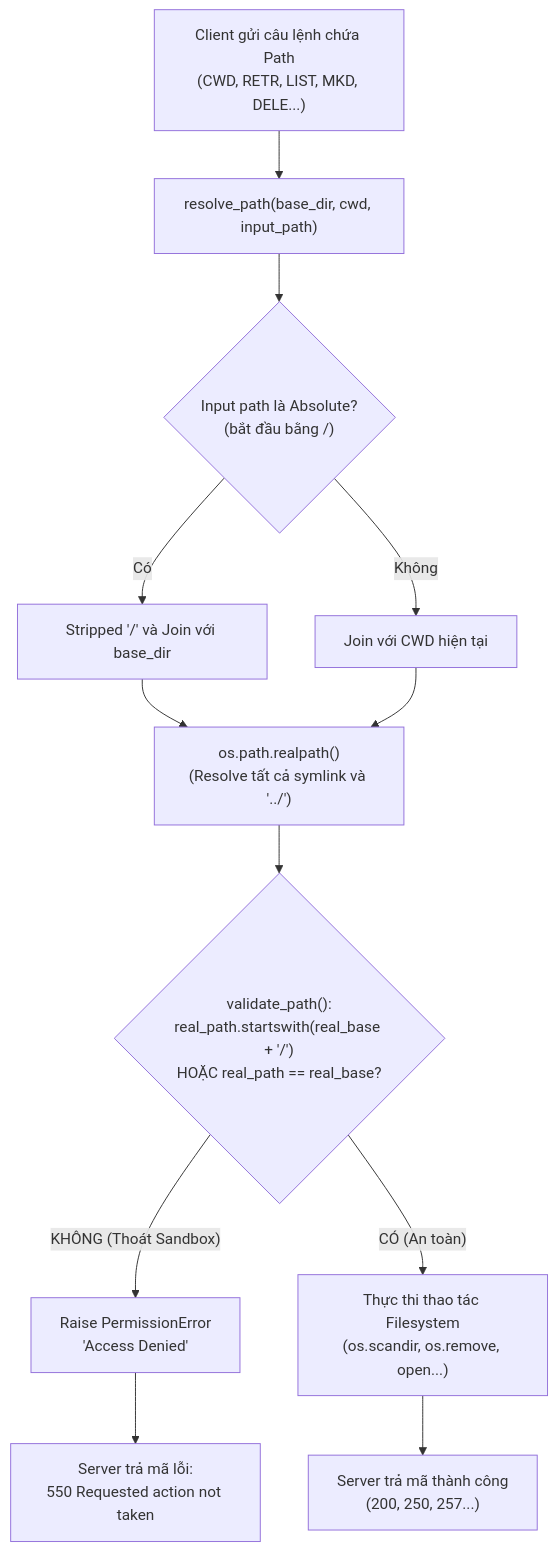
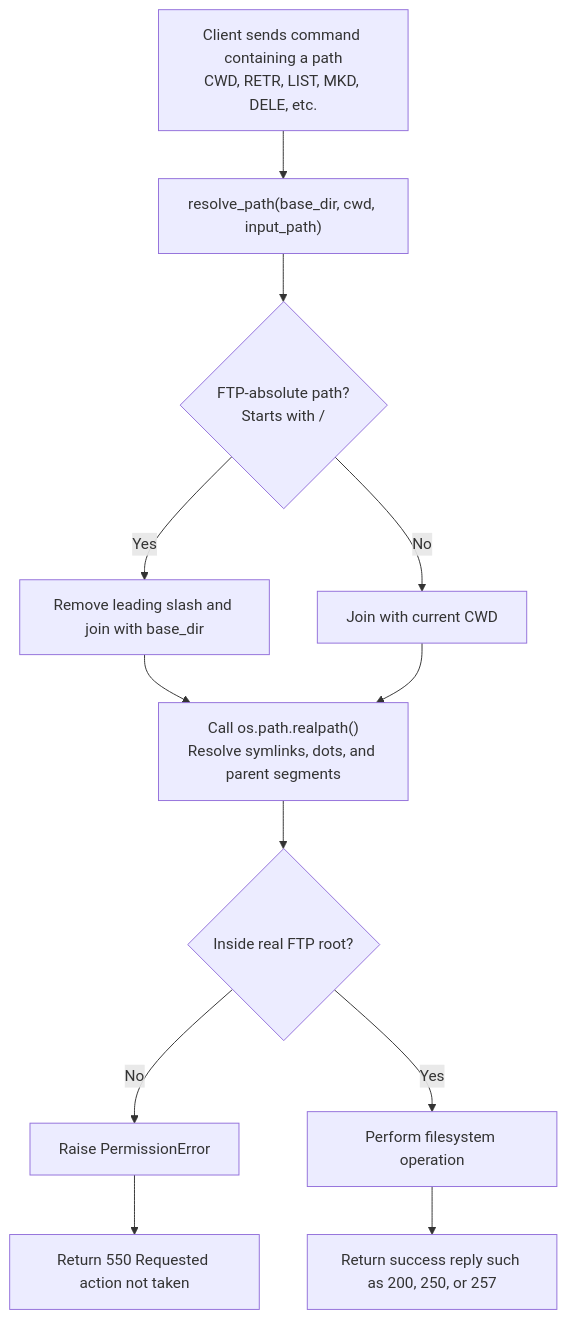
The fourth of 5 diagrams in docs/report.md (DrakyNeUwU/Hybrid-FTP-Socket), drawn with Mermaid before and after one commit. The commit also changed other lines of this file and 9 other files, not shown here.

````diff
--- a/docs/report.md
+++ b/docs/report.md
@@ -147,19 +177,14 @@
 ```mermaid
 flowchart TD
-    ClientReq["Client gửi câu lệnh chứa Path<br/>(CWD, RETR, LIST, MKD, DELE...)"] --> ResolvePath["resolve_path(base_dir, cwd, input_path)"]
-    
-    ResolvePath --> CheckAbs{"Input path là Absolute?<br/>(bắt đầu bằng /)"}
-    CheckAbs -- "Có" --> JoinBase["Stripped '/' và Join với base_dir"]
-    CheckAbs -- "Không" --> JoinCWD["Join với CWD hiện tại"]
-    
-    JoinBase --> RealPath["os.path.realpath()<br/>(Resolve tất cả symlink và '../')"]
+    ClientReq["Client sends command containing a path<br/>CWD, RETR, LIST, MKD, DELE, etc."] --> ResolvePath["resolve_path(base_dir, cwd, input_path)"]
+    ResolvePath --> CheckAbs{"FTP-absolute path?<br/>Starts with /"}
+    CheckAbs -- "Yes" --> JoinBase["Remove leading slash and join with base_dir"]
+    CheckAbs -- "No" --> JoinCWD["Join with current CWD"]
+    JoinBase --> RealPath["Call os.path.realpath()<br/>Resolve symlinks, dots, and parent segments"]
     JoinCWD --> RealPath
-    
-    RealPath --> ValidatePath{"validate_path():<br/>real_path.startswith(real_base + '/')<br/>HOẶC real_path == real_base?"}
-    
-    ValidatePath -- "KHÔNG (Thoát Sandbox)" --> RaisePermErr["Raise PermissionError<br/>'Access Denied'"]
-    RaisePermErr --> Reply550["Server trả mã lỗi:<br/>550 Requested action not taken"]
-    
-    ValidatePath -- "CÓ (An toàn)" --> ExecuteFS["Thực thi thao tác Filesystem<br/>(os.scandir, os.remove, open...)"]
-    ExecuteFS --> ReplySuccess["Server trả mã thành công<br/>(200, 250, 257...)"]
+    RealPath --> ValidatePath{"Inside real FTP root?"}
+    ValidatePath -- "No" --> RaisePermErr["Raise PermissionError"]
+    RaisePermErr --> Reply550["Return 550 Requested action not taken"]
+    ValidatePath -- "Yes" --> ExecuteFS["Perform filesystem operation"]
+    ExecuteFS --> ReplySuccess["Return success reply such as 200, 250, or 257"]
 ```
````
